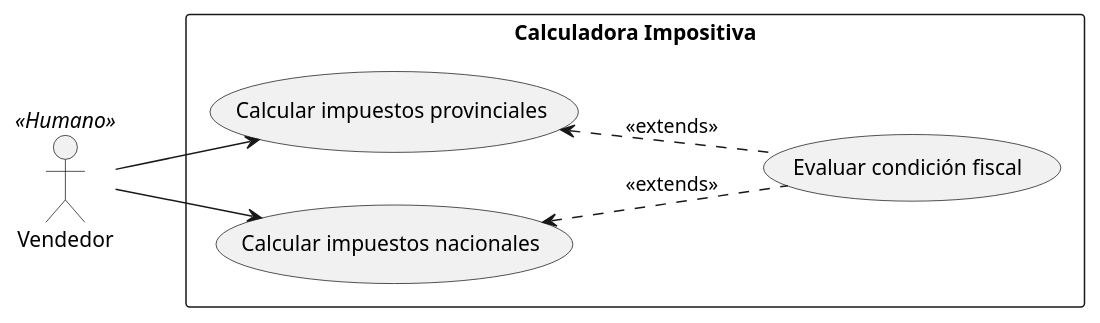
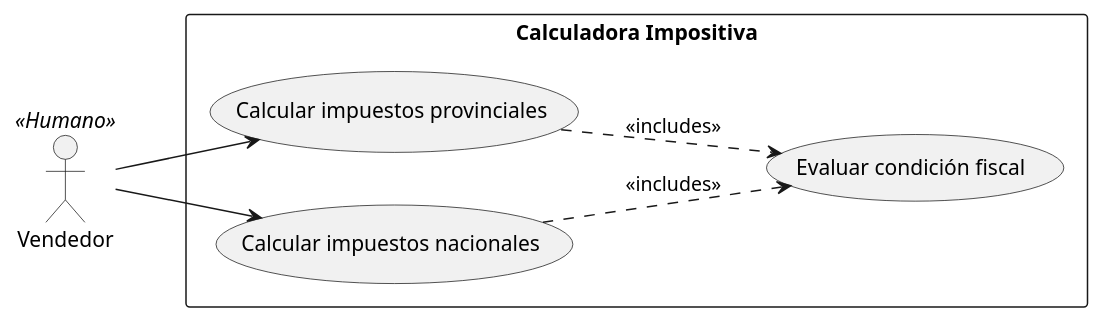
The first of 2 diagrams in README.md (bohledevs/calculadora-impositiva), drawn with PlantUML before and after one commit. The commit also changed 2 other files, not shown here.

Commit message:
docs: fix diagrama caso de uso

````diff
--- a/README.md
+++ b/README.md
@@ -21,15 +21,15 @@
 ```plantuml
 @startuml
 left to right direction
 actor "Vendedor" as vd <<Humano>>
 rectangle "Calculadora Impositiva" {
   usecase "Calcular impuestos nacionales" as UC1
   usecase "Calcular impuestos provinciales" as UC2
   usecase "Evaluar condición fiscal" as UC3
-  UC3 .up.> UC1 : <<extends>>
-  UC3 .up.> UC2 : <<extends>>
+  UC3 <.up. UC1 : <<includes>>
+  UC3 <.up. UC2 : <<includes>>
 }
 vd -down-> UC1
 vd -down-> UC2
 @enduml
 ```
````
